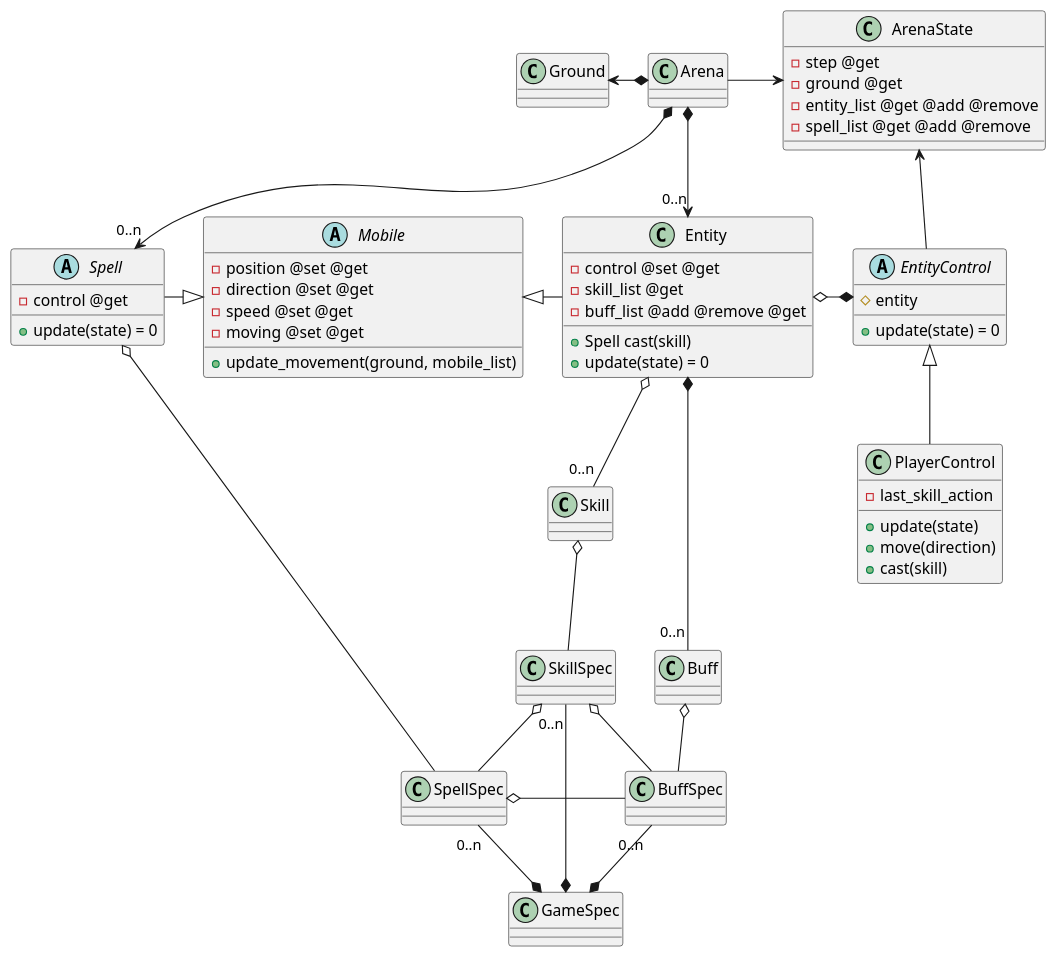
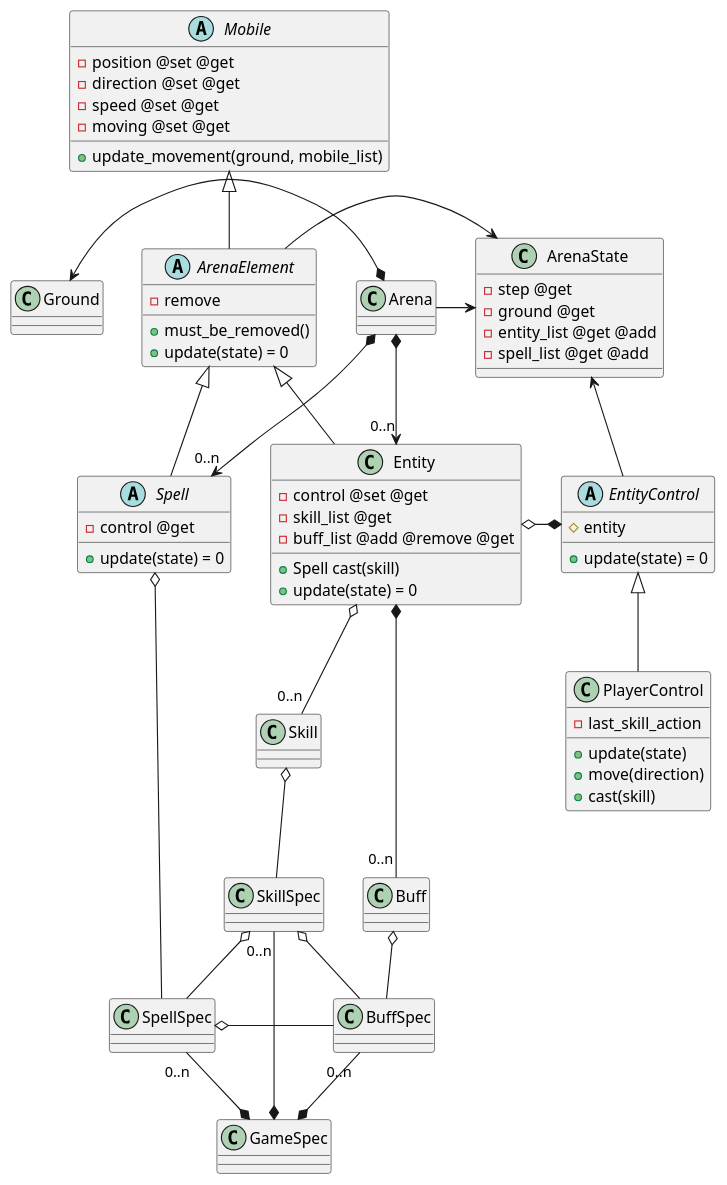
Before and after one commit to lemunozm/asciiarena-js: the diagram in docs/design/arena_class.puml, drawn with PlantUML. The commit also changed 6 other files, not shown here.

Commit message:
ArenaElement concept added.

```diff
--- a/docs/design/arena_class.puml
+++ b/docs/design/arena_class.puml
@@ -1,69 +1,76 @@
 @startuml
 
 Arena *-left-> Ground
 Arena *--> "0..n" Entity
 Arena *--> "0..n" Spell
 Arena -right-> ArenaState
 
-Mobile <|-right- Entity
-Mobile <|-left- Spell
+Mobile <|-- ArenaElement
+ArenaElement <|-- Entity
+ArenaElement <|-- Spell
 Entity o-- "0..n" Skill
 Entity *-- "0..n" Buff
+ArenaElement -right-> ArenaState
 
 EntityControl <|-- PlayerControl
 EntityControl -left-> ArenaState
 
 Entity o-right-* EntityControl
-
 
 Skill o-- SkillSpec
 Spell o-- SpellSpec
 Buff o-- BuffSpec
 GameSpec *-up- "0..n" SkillSpec
 GameSpec *-left- "0..n" SpellSpec
 GameSpec *-up- "0..n" BuffSpec
 SkillSpec o-- SpellSpec
 SkillSpec o-- BuffSpec
 SpellSpec o-right- BuffSpec
 
 abstract Mobile {
     - position @set @get
     - direction @set @get
     - speed @set @get
     - moving @set @get
     + update_movement(ground, mobile_list)
 }
 
+abstract ArenaElement {
+    - remove
+    + must_be_removed()
+    + update(state) = 0
+}
+
 class Entity {
     - control @set @get
     - skill_list @get
     - buff_list @add @remove @get
     + Spell cast(skill)
     + update(state) = 0
 }
 
 abstract Spell {
     - control @get
     + update(state) = 0
 }
 
 class ArenaState {
     - step @get
     - ground @get
-    - entity_list @get @add @remove
-    - spell_list @get @add @remove
+    - entity_list @get @add
+    - spell_list @get @add
 }
 
 abstract EntityControl {
     # entity
     + update(state) = 0
 }
 
 class PlayerControl {
     - last_skill_action
     + update(state)
     + move(direction)
     + cast(skill)
 }
 
 @enduml
```
